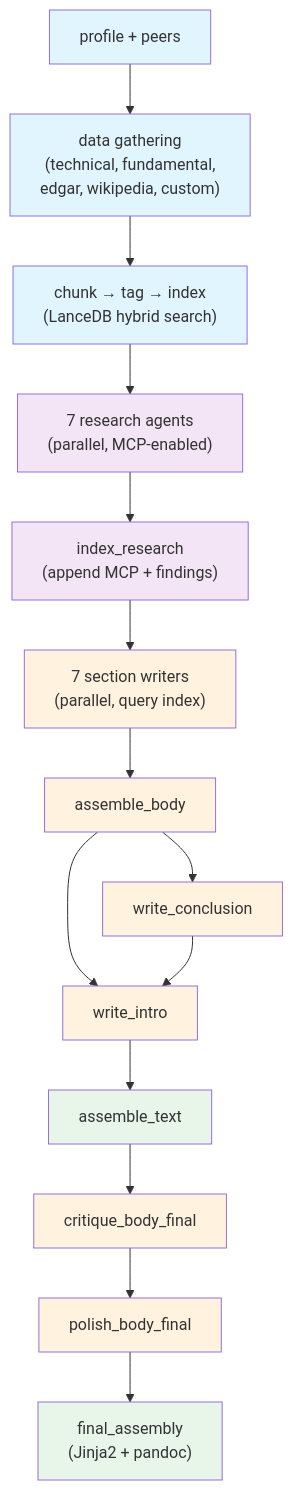
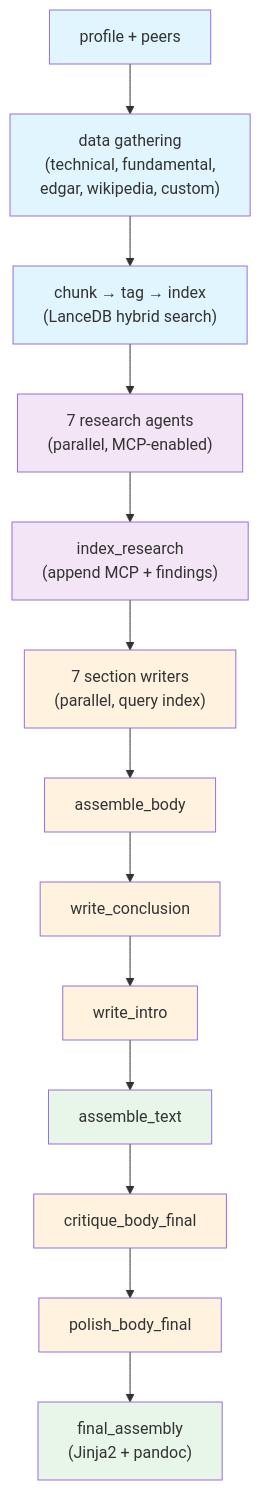
The diagram in README.md (druce/sra), drawn with Mermaid before and after one commit. The commit also changed other lines of this file and 6 other files, not shown here.

````diff
--- a/README.md
+++ b/README.md
@@ -13,44 +21,43 @@
 ```mermaid
 flowchart TD
     profile["profile + peers"]
     fetch["data gathering\n(technical, fundamental,\nedgar, wikipedia, custom)"]
     chunk["chunk → tag → index\n(LanceDB hybrid search)"]
     research["7 research agents\n(parallel, MCP-enabled)"]
     index_research["index_research\n(append MCP + findings)"]
     writers["7 section writers\n(parallel, query index)"]
     assemble_body["assemble_body"]
     write_conclusion["write_conclusion"]
     write_intro["write_intro"]
     assemble["assemble_text"]
     critique["critique_body_final"]
     polish["polish_body_final"]
     final["final_assembly\n(Jinja2 + pandoc)"]
 
     profile --> fetch
     fetch --> chunk
     chunk --> research
     research --> index_research
     index_research --> writers
     writers --> assemble_body
     assemble_body --> write_conclusion
-    assemble_body --> write_intro
     write_conclusion --> write_intro
     write_intro --> assemble
     assemble --> critique
     critique --> polish
     polish --> final
 
     style profile fill:#e1f5fe
     style fetch fill:#e1f5fe
     style chunk fill:#e1f5fe
     style research fill:#f3e5f5
     style index_research fill:#f3e5f5
     style writers fill:#fff3e0
     style assemble_body fill:#fff3e0
     style write_conclusion fill:#fff3e0
     style write_intro fill:#fff3e0
     style critique fill:#fff3e0
     style polish fill:#fff3e0
     style assemble fill:#e8f5e9
     style final fill:#e8f5e9
 ```
````
